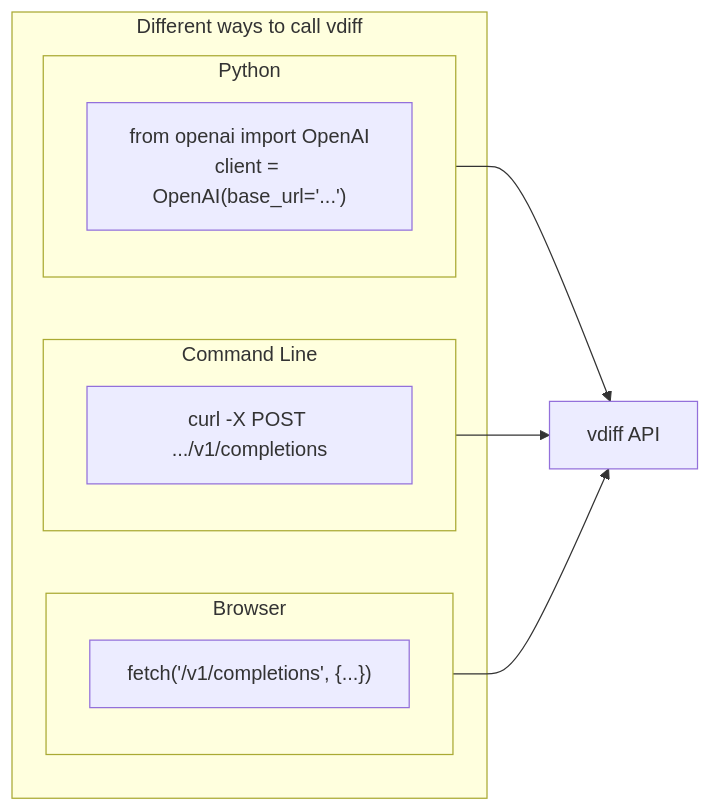
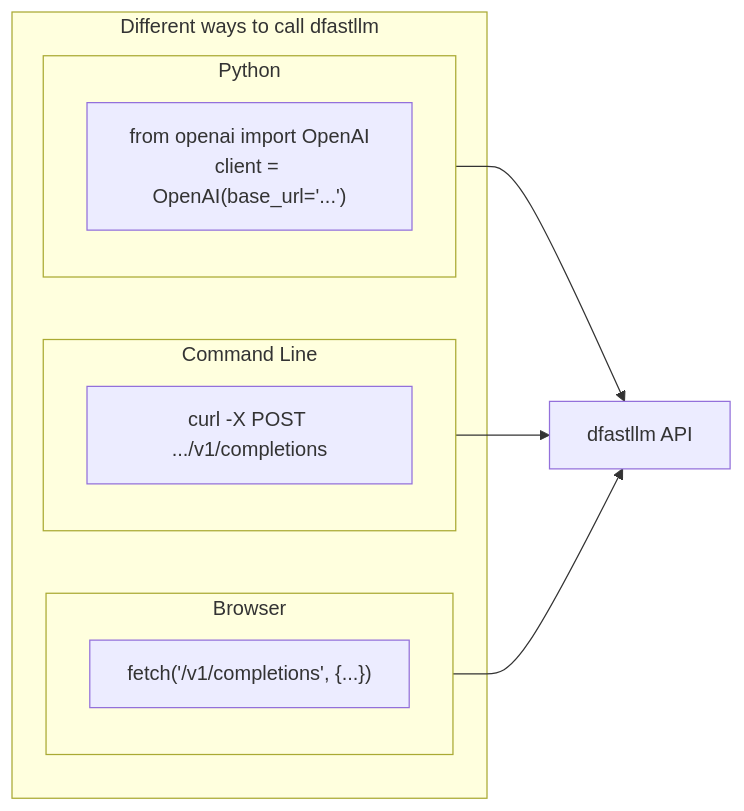
Before and after one commit to mwaykole/vdiff: the third of 16 diagrams in docs/dev-doc/02-architecture.md, drawn with Mermaid. The commit also changed other lines of this file and 53 other files, not shown here.

First line of the commit message:
refactor: Rename all vdiff references to dfastllm

````diff
--- a/docs/dev-doc/02-architecture.md
+++ b/docs/dev-doc/02-architecture.md
@@ -117,20 +117,20 @@
 ```mermaid
 flowchart LR
-    subgraph Clients["Different ways to call vdiff"]
+    subgraph Clients["Different ways to call dfastllm"]
         subgraph Python["Python"]
             PY["from openai import OpenAI<br/>client = OpenAI(base_url='...')"]
         end
         
         subgraph Curl["Command Line"]
             CU["curl -X POST .../v1/completions"]
         end
         
         subgraph Browser["Browser"]
             BR["fetch('/v1/completions', {...})"]
         end
     end
     
-    Python --> API[vdiff API]
+    Python --> API[dfastllm API]
     Curl --> API
     Browser --> API
 ```
````
